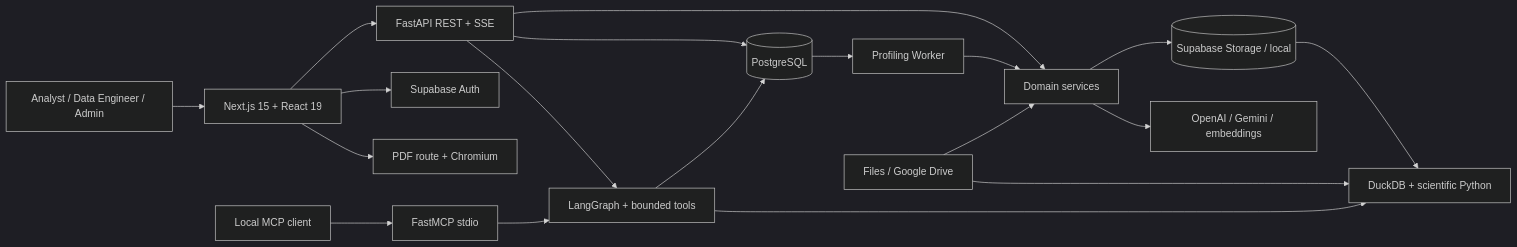
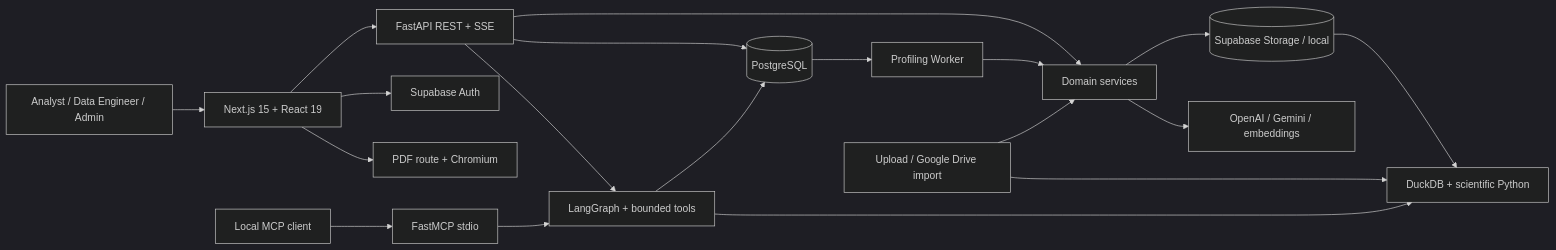
Before and after one commit to mhiu05/VDaAgent: the first of 5 diagrams in ARCHITECTURE.md, drawn with Mermaid (dark theme). The commit also changed other lines of this file and 1913 other files, not shown here.

````diff
--- a/ARCHITECTURE.md
+++ b/ARCHITECTURE.md
@@ -22,21 +22,21 @@
 ```mermaid
 flowchart LR
   U[Analyst / Data Engineer / Admin] --> FE[Next.js 15 + React 19]
   FE --> API[FastAPI REST + SSE]
   FE --> AUTH[Supabase Auth]
   FE --> PDF[PDF route + Chromium]
   API --> SVC[Domain services]
   API --> TOOL[LangGraph + bounded tools]
   API --> PG[(PostgreSQL)]
   PG --> W[Profiling Worker]
   W --> SVC
-  SOURCE[Files / Google Drive] --> SVC
+  SOURCE[Upload / Google Drive import] --> SVC
   SVC --> STORE[(Supabase Storage / local)]
   STORE --> DUCK[DuckDB + scientific Python]
   SOURCE --> DUCK
   SVC --> AI[OpenAI / Gemini / embeddings]
   MCPCLIENT[Local MCP client] --> MCP[FastMCP stdio]
   MCP --> TOOL
   TOOL --> PG
   TOOL --> DUCK
 ```
````
